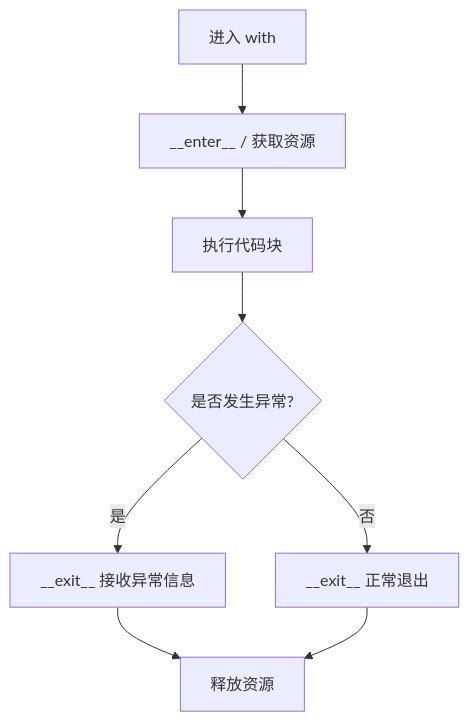
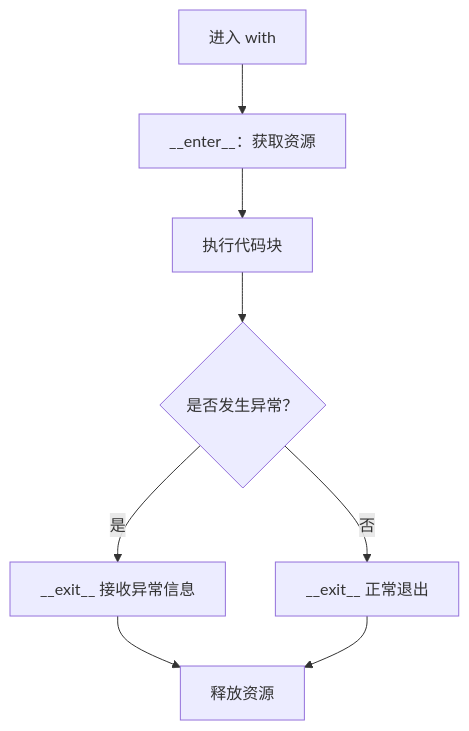
Before and after one commit to studyzhige-ui/python-interview-handbook: the third of 3 diagrams in review/07-装饰器-上下文管理器-图解与自测.md, drawn with Mermaid. The commit also changed other lines of this file and 11 other files, not shown here.

First line of the commit message:
fix: repair Mermaid rendering across review chapters

````diff
--- a/review/07-装饰器-上下文管理器-图解与自测.md
+++ b/review/07-装饰器-上下文管理器-图解与自测.md
@@ -40,10 +40,10 @@
 ```mermaid
 flowchart TD
-    A[进入 with] --> B[__enter__ / 获取资源]
-    B --> C[执行代码块]
-    C --> D{是否发生异常?}
-    D -->|是| E[__exit__ 接收异常信息]
-    D -->|否| F[__exit__ 正常退出]
-    E --> G[释放资源]
+    A["进入 with"] --> B["__enter__：获取资源"]
+    B --> C["执行代码块"]
+    C --> D{"是否发生异常？"}
+    D -->|是| E["__exit__ 接收异常信息"]
+    D -->|否| F["__exit__ 正常退出"]
+    E --> G["释放资源"]
     F --> G
 ```
````
